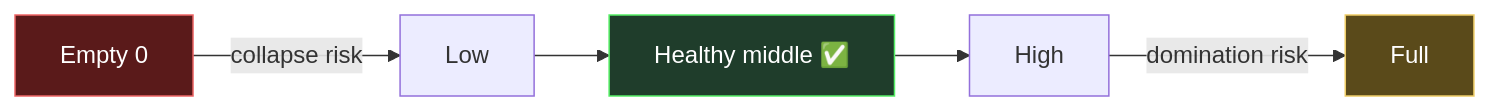
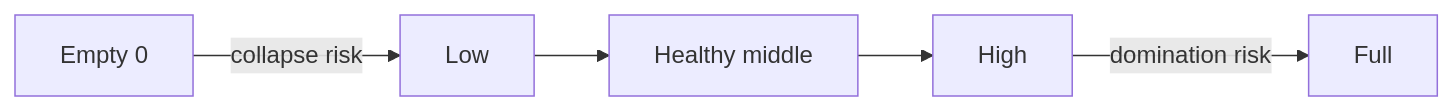
Before and after one commit to kroryan/Quartz-HispaniaBeta: the diagram in content/basics/The Four Powers.md, drawn with Mermaid. The commit also changed other lines of this file and 35 other files, not shown here.

````diff
--- a/content/basics/The Four Powers.md
+++ b/content/basics/The Four Powers.md
@@ -26,10 +26,7 @@
 ```mermaid
 flowchart LR
     Z[Empty 0] -->|collapse risk| L[Low]
-    L --> M[Healthy middle ✅]
+    L --> M[Healthy middle]
     M --> H[High]
     H -->|domination risk| F[Full]
-    style M fill:#1f3d2b,stroke:#5e6,color:#fff
-    style Z fill:#5a1a1a,stroke:#e66,color:#fff
-    style F fill:#5a4a1a,stroke:#ec6,color:#fff
 ```
````
